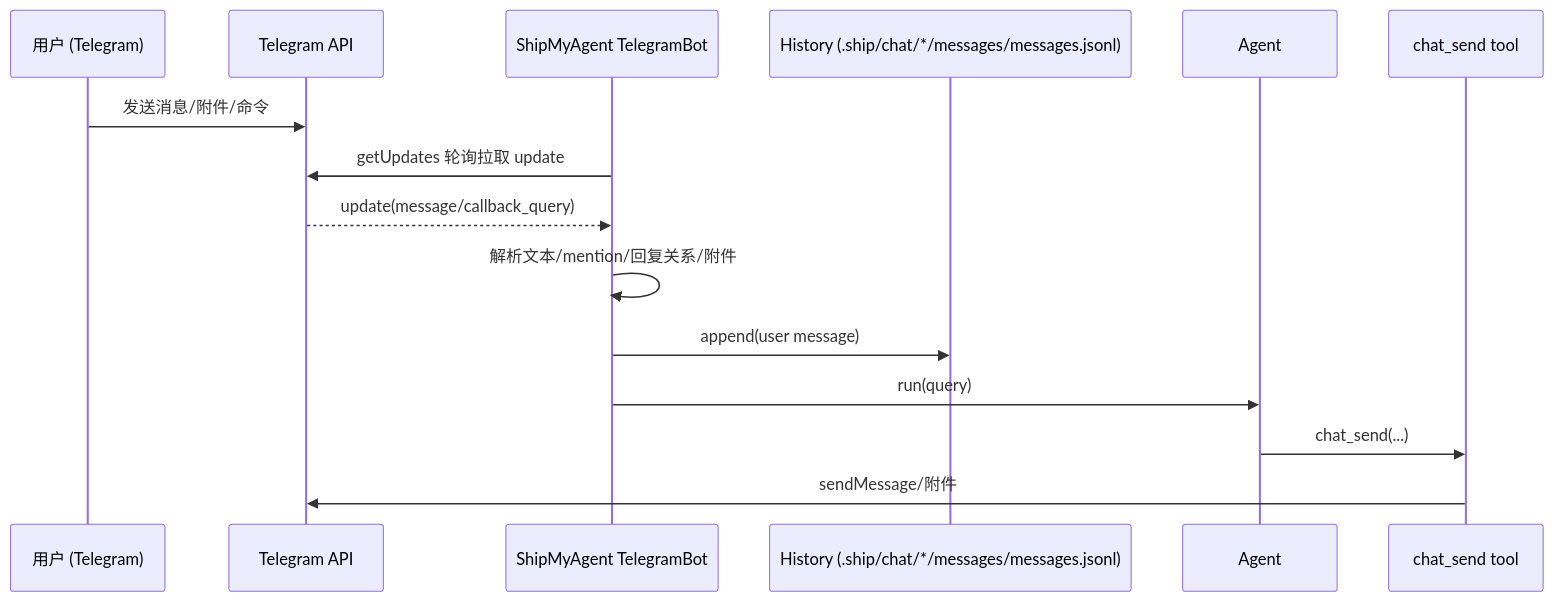
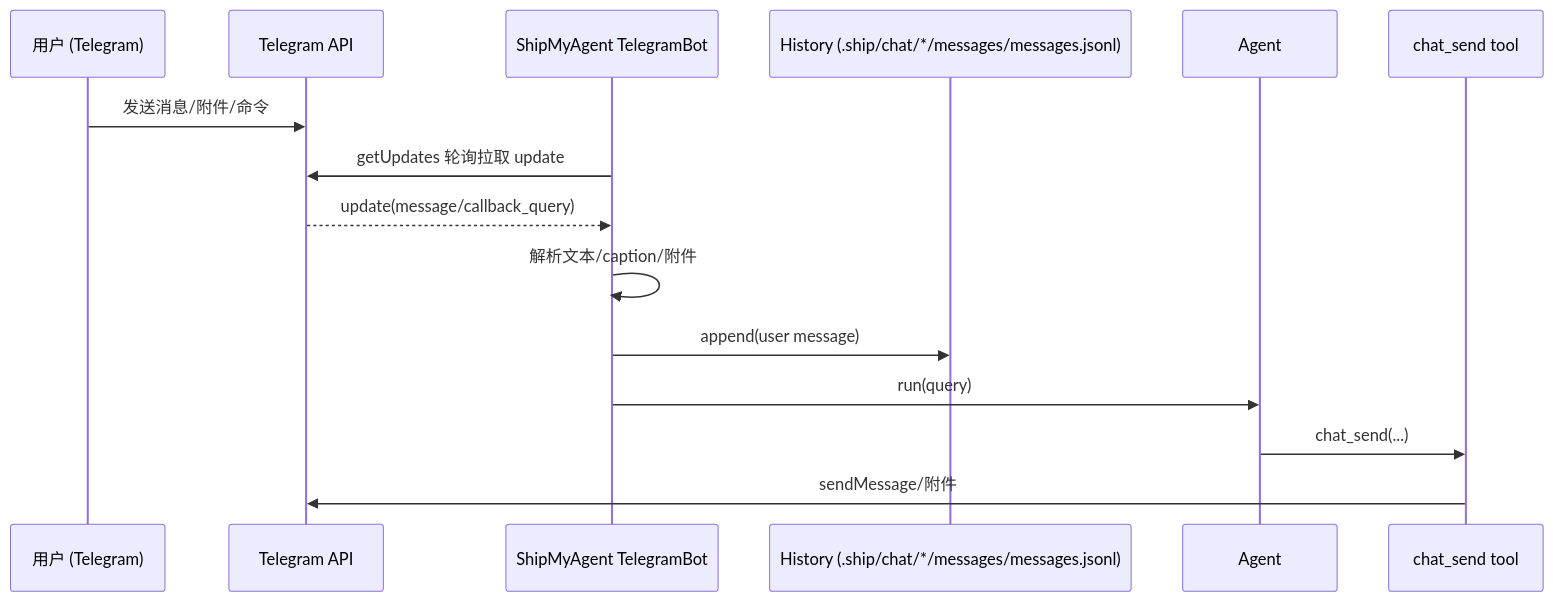
The diagram in homepage/content/docs/zh/services/chat/telegram-message-flow.mdx (wangenius/downcity), drawn with Mermaid before and after one commit. The commit also changed other lines of this file and 73 other files, not shown here.

````diff
--- a/homepage/content/docs/zh/services/chat/telegram-message-flow.mdx
+++ b/homepage/content/docs/zh/services/chat/telegram-message-flow.mdx
@@ -16,19 +16,19 @@
 ```mermaid
 sequenceDiagram
   participant U as 用户 (Telegram)
   participant TG as Telegram API
   participant BOT as ShipMyAgent TelegramBot
   participant CS as History (.ship/chat/*/messages/messages.jsonl)
   participant RT as Agent
   participant T as chat_send tool
 
   U->>TG: 发送消息/附件/命令
   BOT->>TG: getUpdates 轮询拉取 update
   TG-->>BOT: update(message/callback_query)
 
-  BOT->>BOT: 解析文本/mention/回复关系/附件
+  BOT->>BOT: 解析文本/caption/附件
   BOT->>CS: append(user message)
   BOT->>RT: run(query)
   RT->>T: chat_send(...)
   T->>TG: sendMessage/附件
 ```
````
